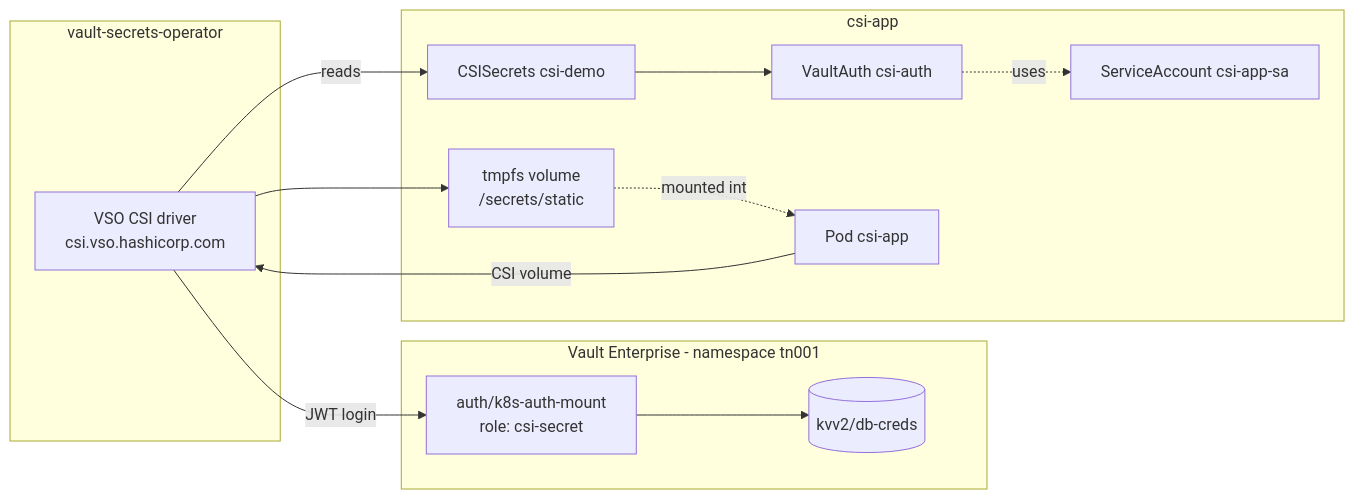
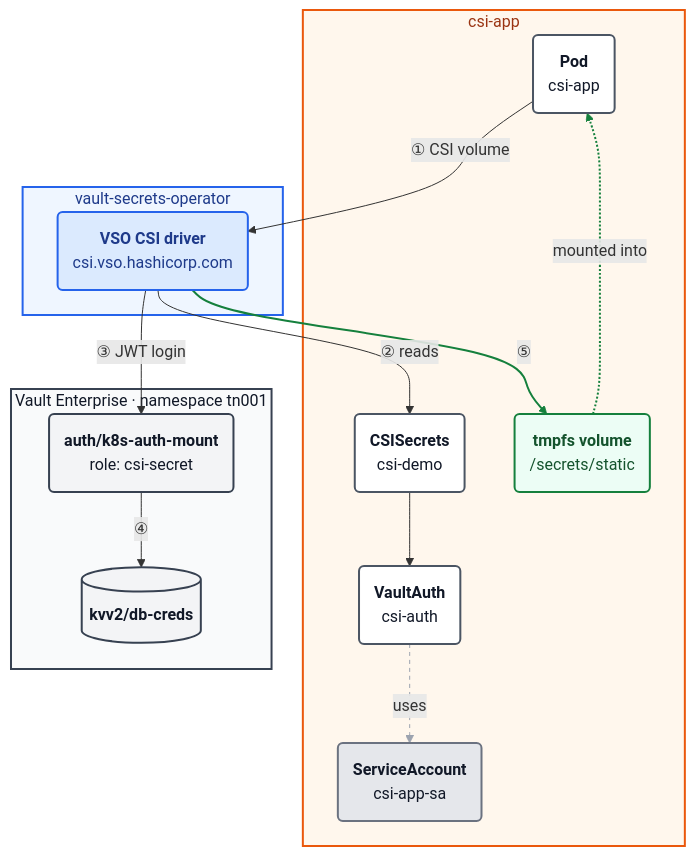
Before and after one commit to nhsy-hcp/learn-vault-secrets-operator: the diagram in docs/csi-secrets.md, drawn with Mermaid. The commit also changed other lines of this file and 22 other files, not shown here.

````diff
--- a/docs/csi-secrets.md
+++ b/docs/csi-secrets.md
@@ -13,28 +13,44 @@
 ```mermaid
-flowchart LR
-  subgraph vault["Vault Enterprise - namespace tn001"]
-    KV[("kvv2/db-creds")]
-    ROLE["auth/k8s-auth-mount<br/>role: csi-secret"]
+flowchart TB
+  classDef app fill:#ffffff,stroke:#4b5563,stroke-width:2px,color:#111827
+  classDef vso fill:#dbeafe,stroke:#2563eb,stroke-width:2px,color:#1e3a8a
+  classDef vault fill:#f3f4f6,stroke:#374151,stroke-width:2px,color:#111827
+  classDef out fill:#ecfdf5,stroke:#15803d,stroke-width:2px,color:#14532d
+  classDef k8s fill:#e5e7eb,stroke:#6b7280,stroke-width:2px,color:#111827
+  subgraph app["csi-app"]
+    POD("<b>Pod</b><br/>csi-app")
+    CS("<b>CSISecrets</b><br/>csi-demo")
+    VA("<b>VaultAuth</b><br/>csi-auth")
+    SA("<b>ServiceAccount</b><br/>csi-app-sa")
+    TMPFS("<b>tmpfs volume</b><br/>/secrets/static")
   end
 
   subgraph vso["vault-secrets-operator"]
-    DRV["VSO CSI driver<br/>csi.vso.hashicorp.com"]
+    DRV("<b>VSO CSI driver</b><br/>csi.vso.hashicorp.com")
   end
 
-  subgraph app["csi-app"]
-    VA["VaultAuth csi-auth"]
-    CS["CSISecrets csi-demo"]
-    SA["ServiceAccount csi-app-sa"]
-    POD["Pod csi-app"]
-    TMPFS["tmpfs volume<br/>/secrets/static"]
+  subgraph vault["Vault Enterprise · namespace tn001"]
+    ROLE("<b>auth/k8s-auth-mount</b><br/>role: csi-secret")
+    KV[("<b>kvv2/db-creds</b>")]
   end
 
-  POD -->|CSI volume| DRV
-  DRV -->|reads| CS
+  POD -->|① CSI volume| DRV
+  DRV -->|② reads| CS
   CS --> VA
-  VA -.uses.-> SA
-  DRV -->|JWT login| ROLE
-  ROLE --> KV
-  DRV --> TMPFS
-  TMPFS -.mounted into.-> POD
+  VA -.->|uses| SA
+  DRV -->|③ JWT login| ROLE
+  ROLE -->|④| KV
+  DRV -->|⑤| TMPFS
+  TMPFS -.->|mounted into| POD
+
+  class POD,CS,VA app
+  class SA k8s
+  class DRV vso
+  class ROLE,KV vault
+  class TMPFS out
+  style app fill:#fff7ed,stroke:#ea580c,stroke-width:2px,color:#9a3412
+  style vso fill:#eff6ff,stroke:#2563eb,stroke-width:2px,color:#1e3a8a
+  style vault fill:#f9fafb,stroke:#374151,stroke-width:2px,color:#111827
+  linkStyle 3 stroke:#9ca3af,stroke-dasharray:4
+  linkStyle 6,7 stroke:#15803d,stroke-width:2px
 ```
````
